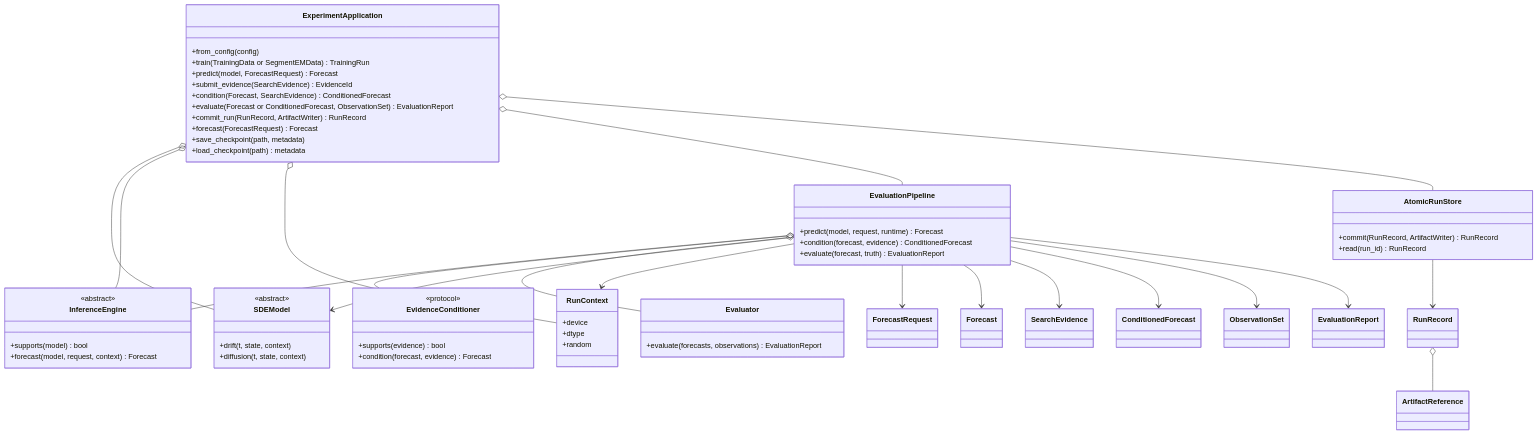
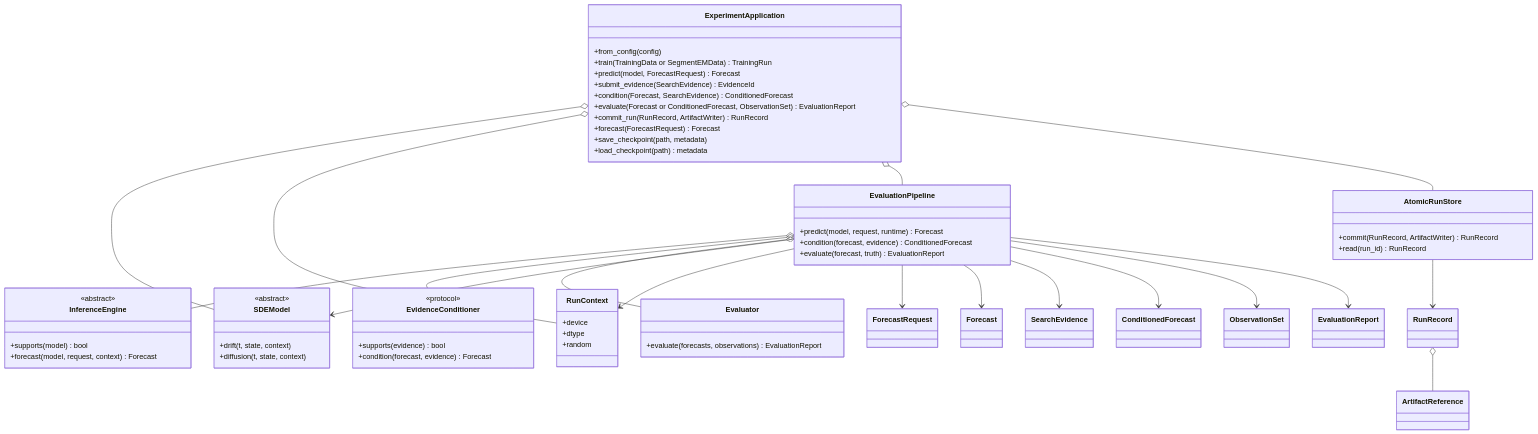
One commit to HuAzurestar/learnable-sde-for-movement-prediction changed the second of 4 diagrams in OOP_ARCHITECTURE.md. Above: the diagram before and after it, drawn with Mermaid. The commit also changed other lines of this file and 6 other files, not shown here.

```diff
--- a/OOP_ARCHITECTURE.md
+++ b/OOP_ARCHITECTURE.md
@@ -167,7 +167,6 @@
     EvaluationPipeline --> EvaluationReport
 
     ExperimentApplication o-- SDEModel
-    ExperimentApplication o-- InferenceEngine
     ExperimentApplication o-- RunContext
     ExperimentApplication o-- EvaluationPipeline
     ExperimentApplication o-- AtomicRunStore
```
